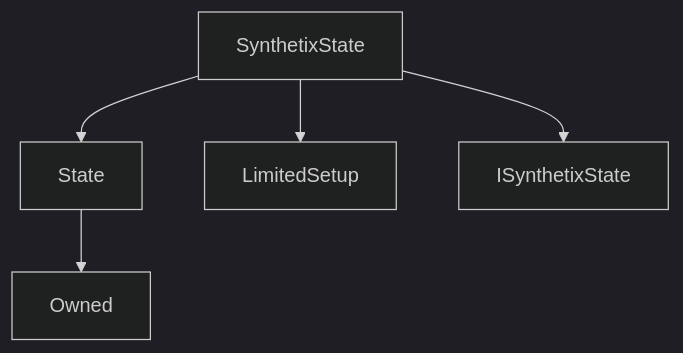
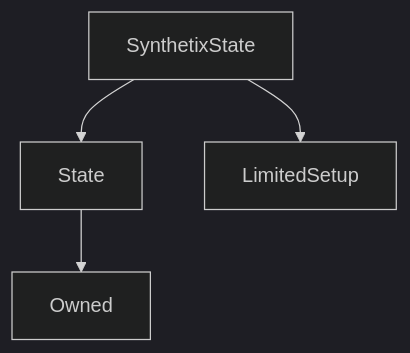
One commit to Synthetixio/synthetix-docs changed the diagram in content/contracts/SynthetixState.md. Above: the diagram before and after it, drawn with Mermaid (dark theme). The commit also changed 46 other files, not shown here.

````diff
--- a/content/contracts/SynthetixState.md
+++ b/content/contracts/SynthetixState.md
@@ -9,7 +9,6 @@
 ```mermaid
 graph TD
     SynthetixState[SynthetixState] --> State[State]
     SynthetixState[SynthetixState] --> LimitedSetup[LimitedSetup]
-    SynthetixState[SynthetixState] --> ISynthetixState[ISynthetixState]
     State[State] --> Owned[Owned]
 ```
````
